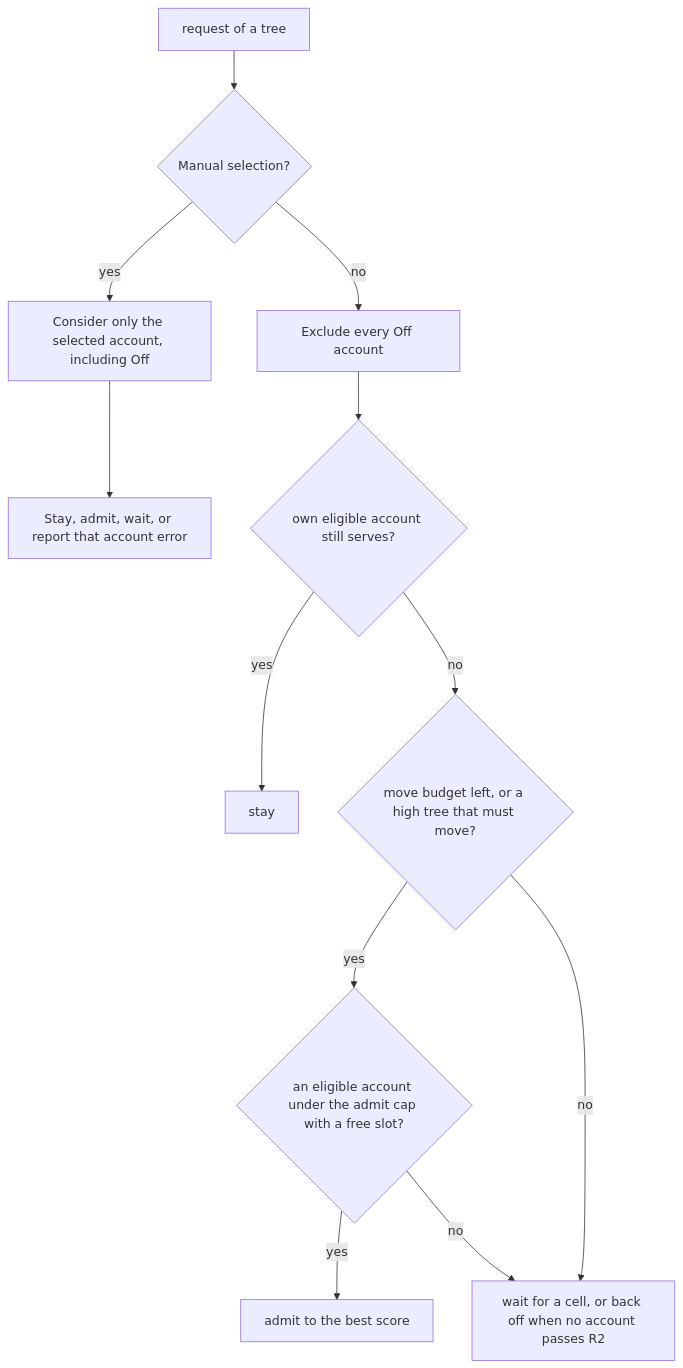
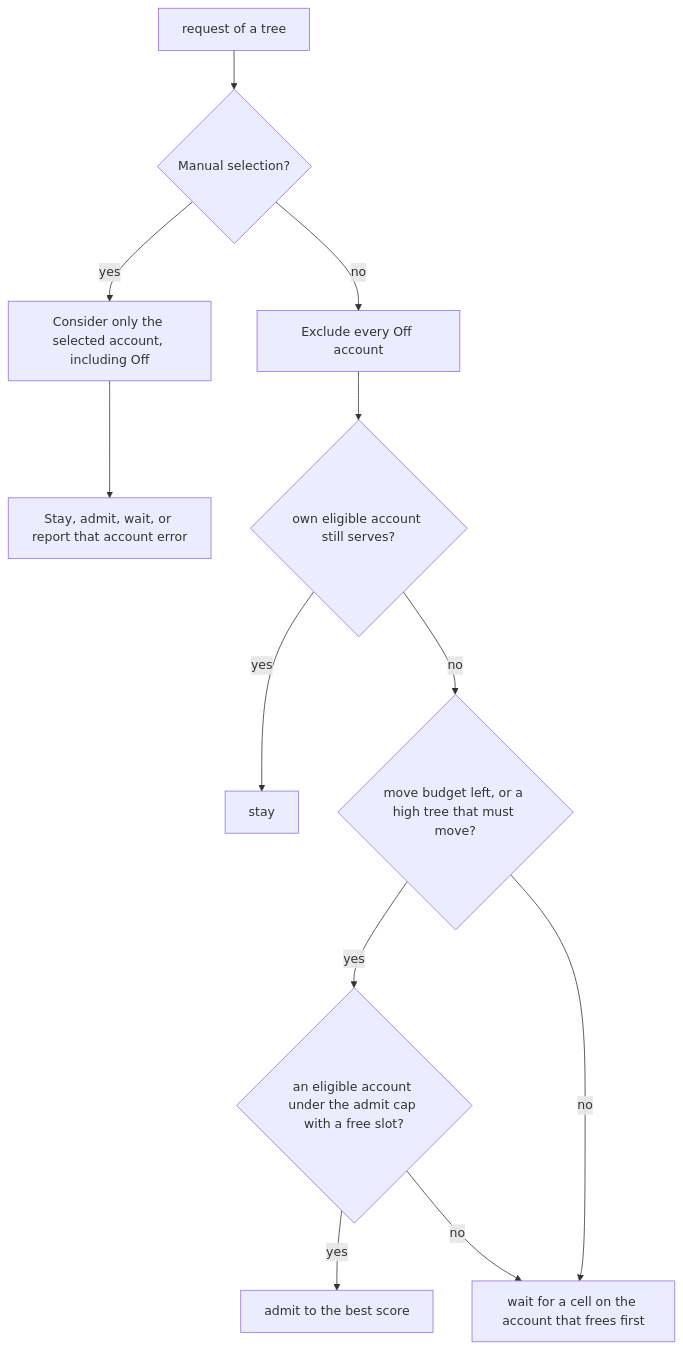
Before and after one commit to sieu-n/sieun-pi: the diagram in components/pi-pool/README.md, drawn with Mermaid. The commit also changed other lines of this file and 16 other files, not shown here.

````diff
--- a/components/pi-pool/README.md
+++ b/components/pi-pool/README.md
@@ -354,14 +354,14 @@
 ```mermaid
 flowchart TD
   R[request of a tree] --> M{Manual selection?}
   M -- yes --> P[Consider only the selected account, including Off]
   P --> A[Stay, admit, wait, or report that account error]
   M -- no --> E[Exclude every Off account]
   E --> S{own eligible account still serves?}
   S -- yes --> STAY[stay]
   S -- no --> B{move budget left, or a high tree that must move?}
   B -- yes --> C{an eligible account under the admit cap with a free slot?}
   B -- no --> W
   C -- yes --> A2[admit to the best score]
-  C -- no --> W[wait for a cell, or back off when no account passes R2]
+  C -- no --> W[wait for a cell on the account that frees first]
 ```
````
